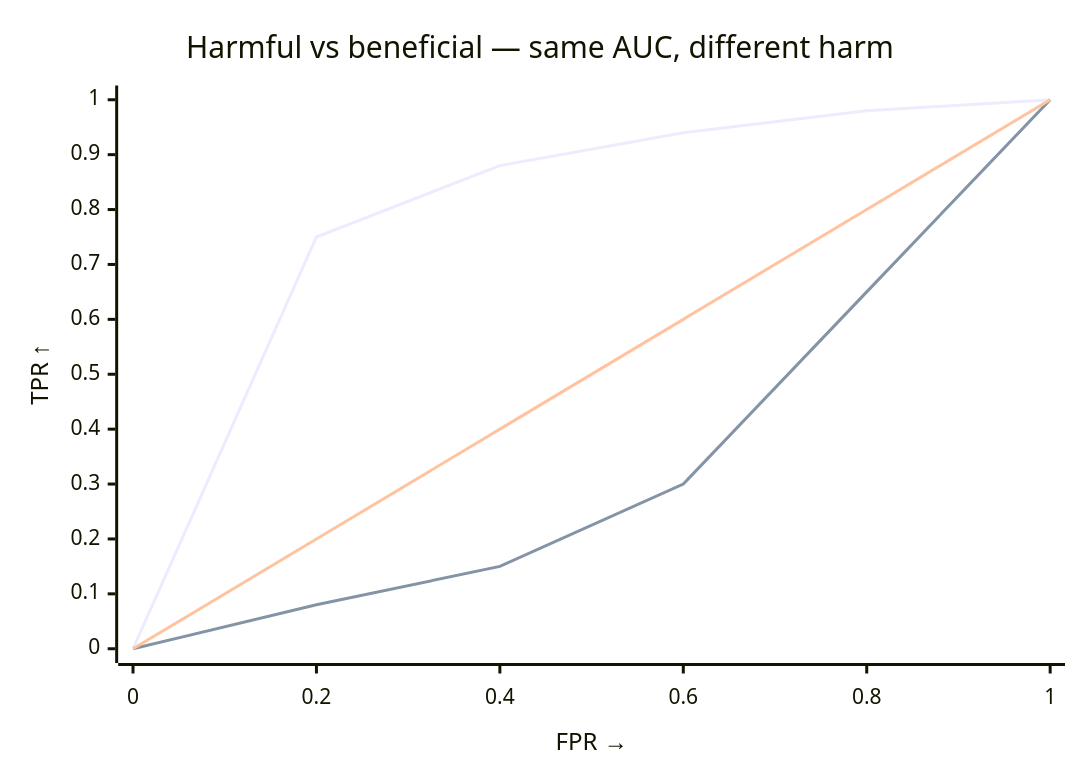
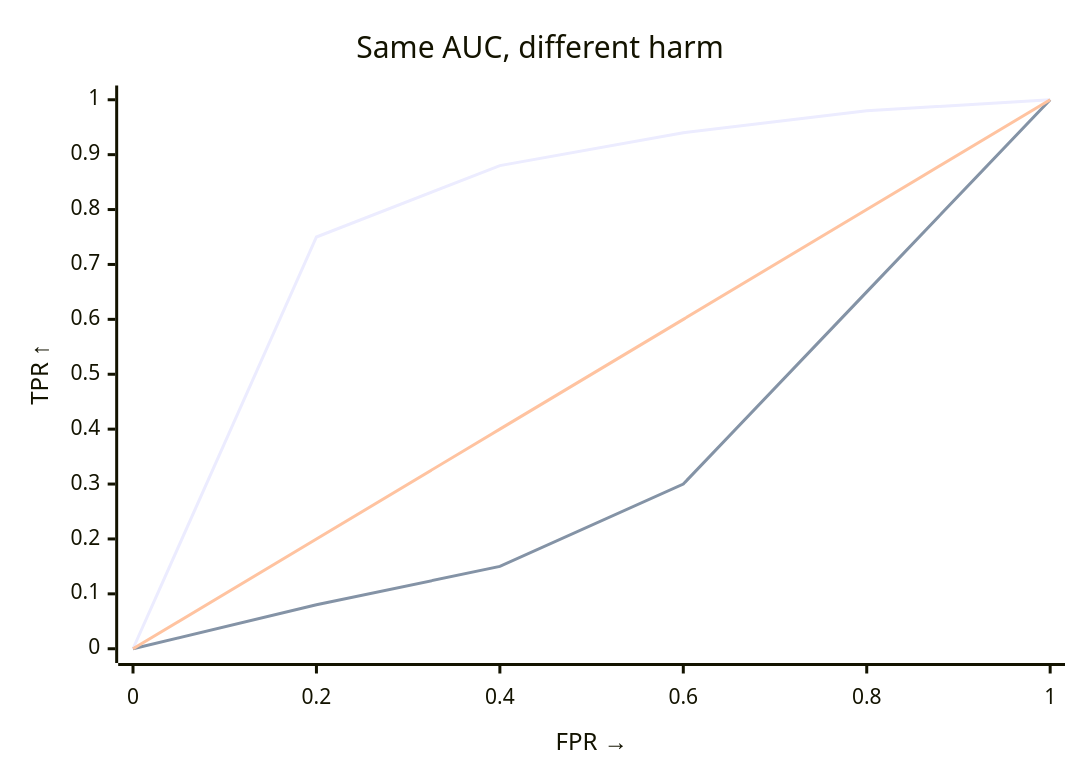
One commit to vathymut/samesame changed the diagram in docs/explanation/harmful-shift-statistic.md. Above: the diagram before and after it, drawn with Mermaid. The commit also changed other lines of this file and 14 other files, not shown here.

````diff
--- a/docs/explanation/harmful-shift-statistic.md
+++ b/docs/explanation/harmful-shift-statistic.md
@@ -39,9 +25,9 @@
 ```mermaid
 xychart-beta
-    title "Harmful vs beneficial — same AUC, different harm"
+    title "Same AUC, different harm"
     x-axis "FPR →" [0, 0.2, 0.4, 0.6, 0.8, 1]
     y-axis "TPR ↑" 0 --> 1
     line "harmful (early rise)" [0, 0.75, 0.88, 0.94, 0.98, 1]
     line "beneficial (late rise)" [0, 0.08, 0.15, 0.30, 0.65, 1]
     line "diagonal" [0, 0.2, 0.4, 0.6, 0.8, 1]
 ```
````
